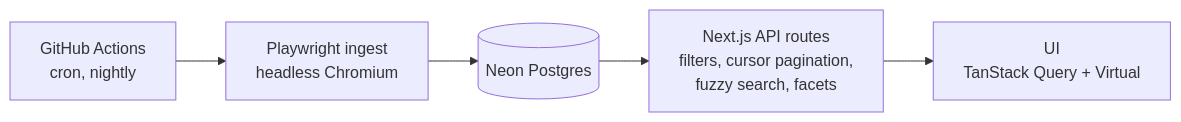
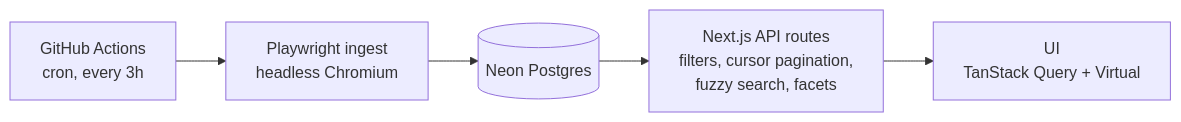
Before and after one commit to mattgennarelli/dibbs-opportunities: the diagram in README.md, drawn with Mermaid. The commit also changed 1 other file, not shown here.

Commit message:
ci: run every 3h at :17

````diff
--- a/README.md
+++ b/README.md
@@ -34,7 +34,7 @@
 ```mermaid
 flowchart LR
-    A[GitHub Actions<br/>cron, nightly] --> B[Playwright ingest<br/>headless Chromium]
+    A[GitHub Actions<br/>cron, every 3h] --> B[Playwright ingest<br/>headless Chromium]
     B --> C[(Neon Postgres)]
     C --> D[Next.js API routes<br/>filters, cursor pagination,<br/>fuzzy search, facets]
     D --> E[UI<br/>TanStack Query + Virtual]
 ```
````
